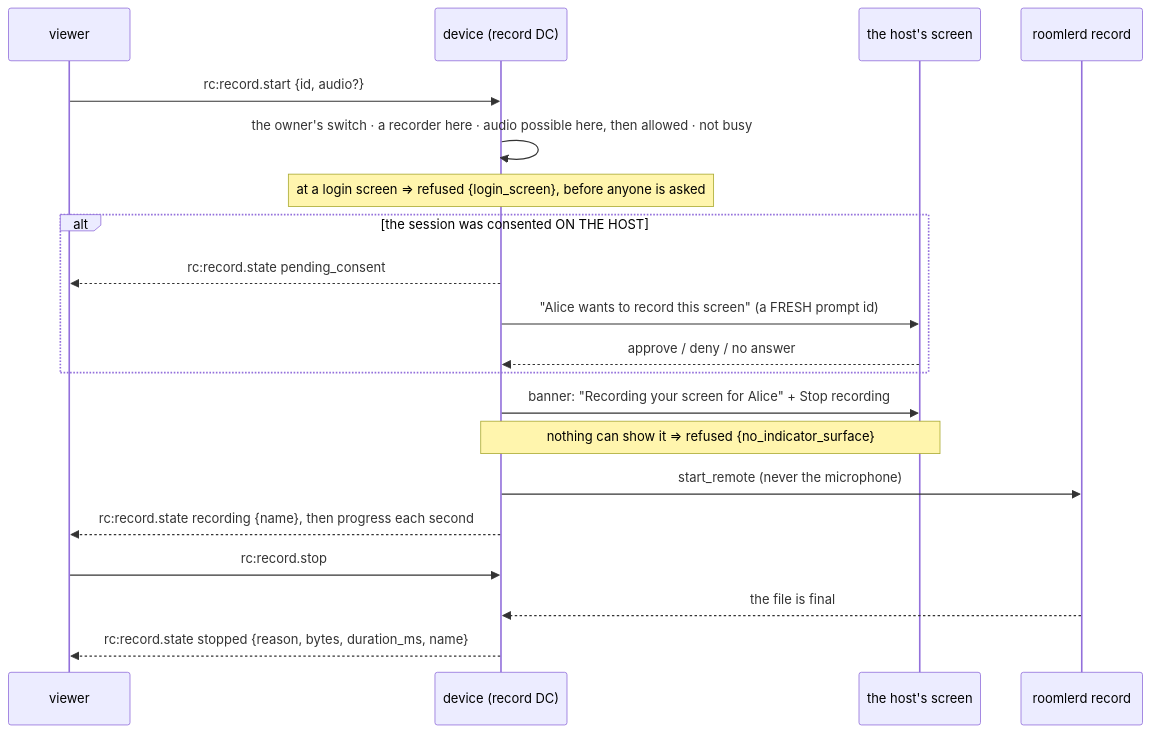
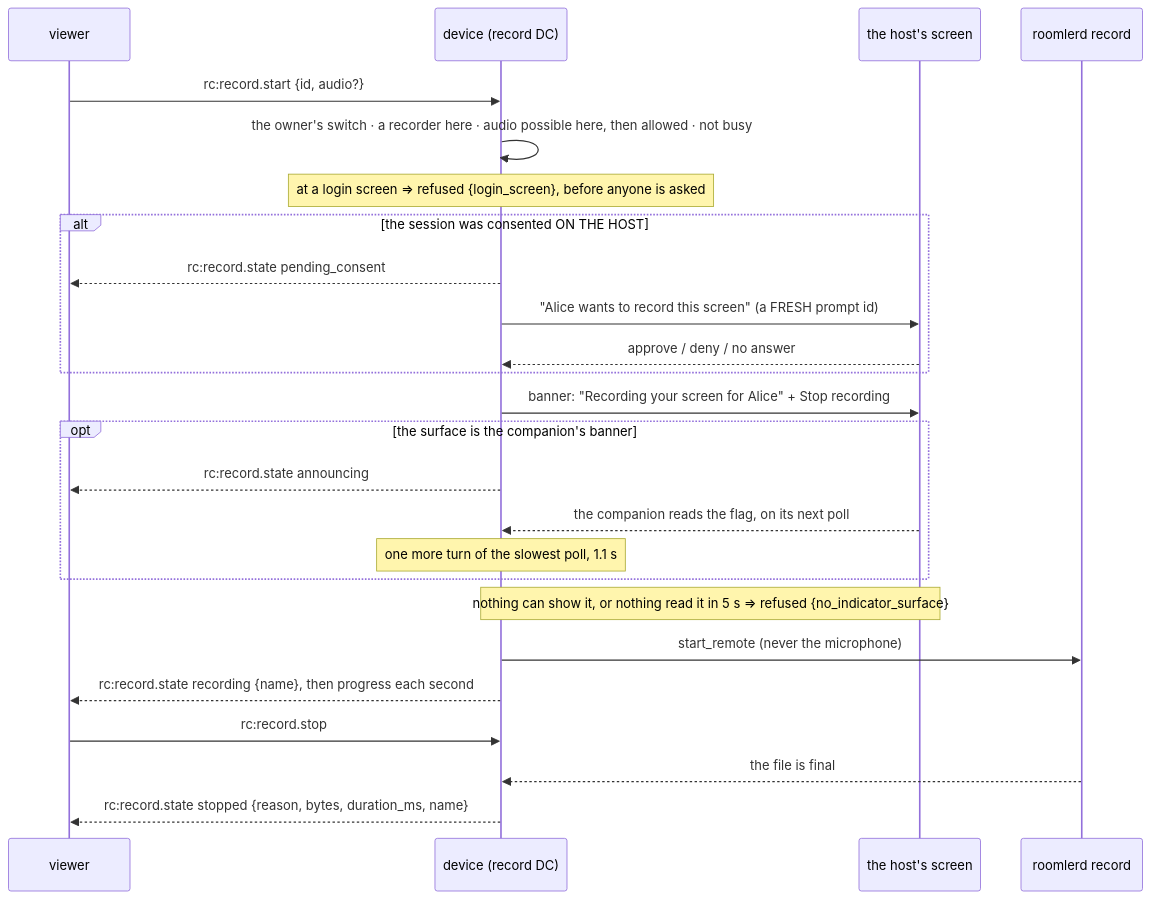
The tenth of 15 diagrams in docs/recording.md (gjovanov/roomler-ai), drawn with Mermaid before and after one commit. The commit also changed other lines of this file, not shown here.

First line of the commit message:
docs(fr-85): a flag is not a banner, P3d's wait and its ceiling (#1634)

````diff
--- a/docs/recording.md
+++ b/docs/recording.md
@@ -917,23 +917,28 @@
 ```mermaid
 sequenceDiagram
     participant V as viewer
     participant D as device (record DC)
     participant H as the host's screen
     participant R as roomlerd record
 
     V->>D: rc:record.start {id, audio?}
     D->>D: the owner's switch · a recorder here · audio possible here, then allowed · not busy
     Note over D: at a login screen ⇒ refused {login_screen}, before anyone is asked
     alt the session was consented ON THE HOST
         D-->>V: rc:record.state pending_consent
         D->>H: "Alice wants to record this screen" (a FRESH prompt id)
         H-->>D: approve / deny / no answer
     end
     D->>H: banner: "Recording your screen for Alice" + Stop recording
-    Note over D,H: nothing can show it ⇒ refused {no_indicator_surface}
+    opt the surface is the companion's banner
+        D-->>V: rc:record.state announcing
+        H-->>D: the companion reads the flag, on its next poll
+        Note over D: one more turn of the slowest poll, 1.1 s
+    end
+    Note over D,H: nothing can show it, or nothing read it in 5 s ⇒ refused {no_indicator_surface}
     D->>R: start_remote (never the microphone)
     D-->>V: rc:record.state recording {name}, then progress each second
     V->>D: rc:record.stop
     R-->>D: the file is final
     D-->>V: rc:record.state stopped {reason, bytes, duration_ms, name}
 ```
````
